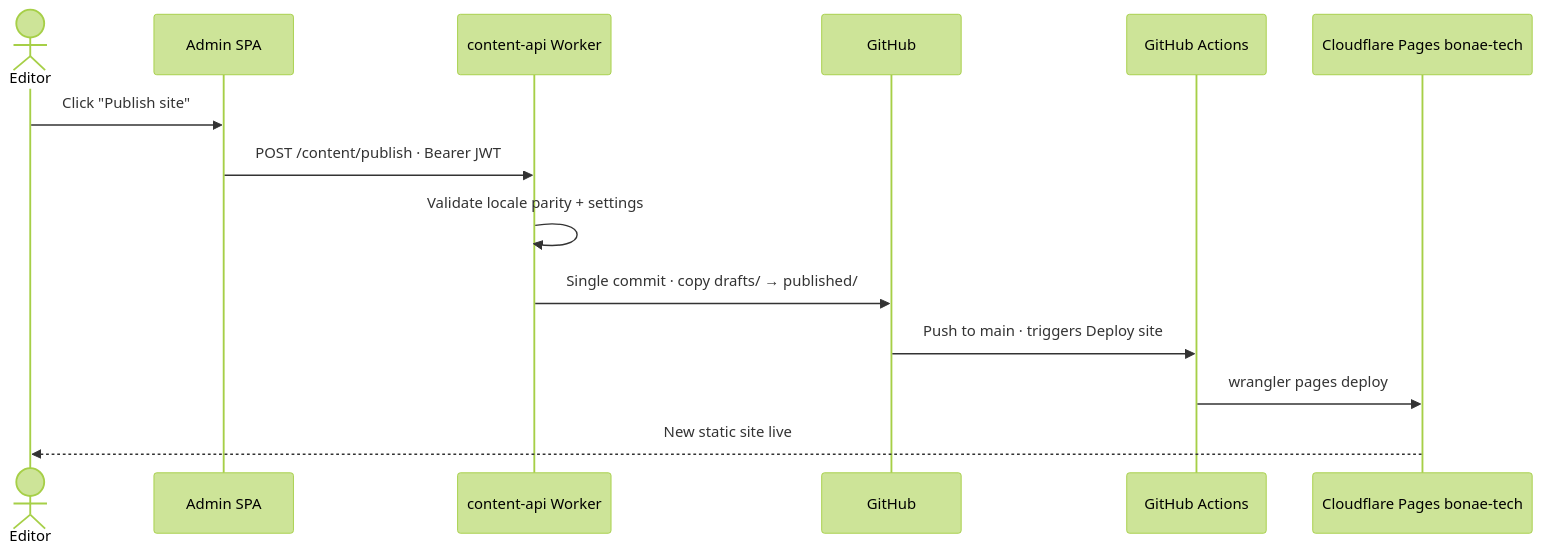
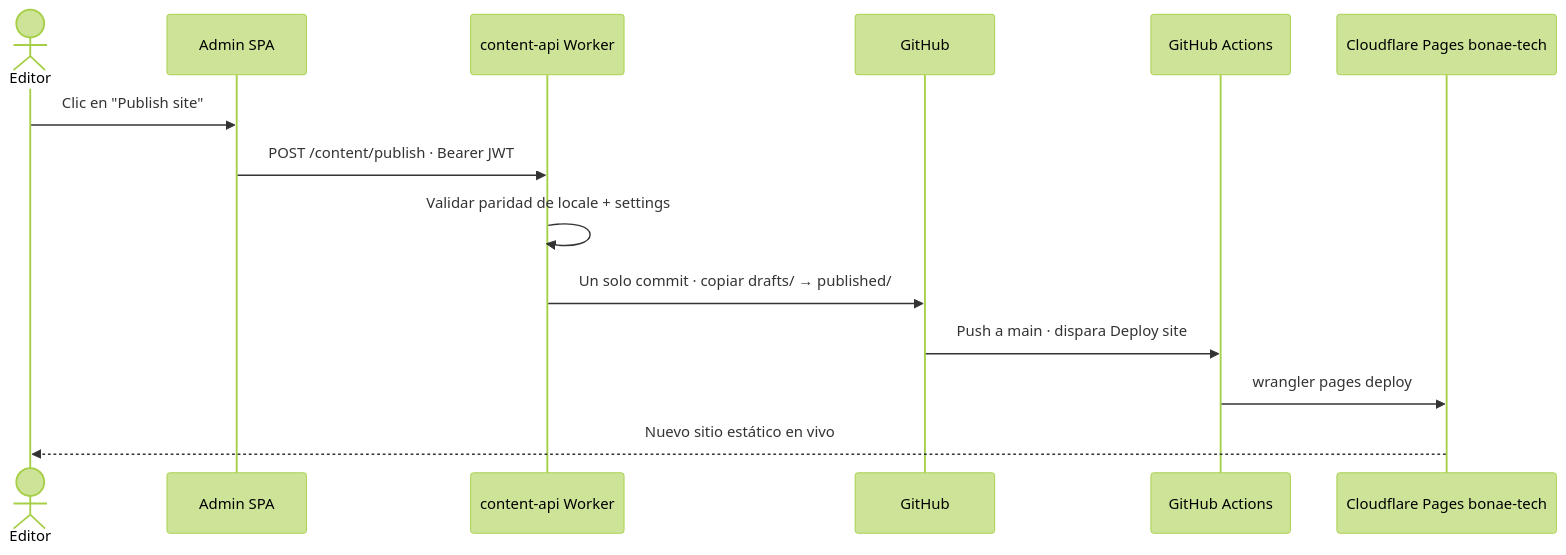
Before and after one commit to Bonae-Tech/bonae-tech: the fourth of 5 diagrams in docs/architecture.md, drawn with Mermaid (forest theme). The commit also changed other lines of this file and 43 other files, not shown here.

````diff
--- a/docs/architecture.md
+++ b/docs/architecture.md
@@ -213,17 +216,17 @@
 ```mermaid
 sequenceDiagram
     actor Editor
     participant SPA as Admin SPA
     participant Worker as content-api Worker
     participant GH as GitHub
     participant Actions as GitHub Actions
     participant CF as Cloudflare Pages bonae-tech
 
-    Editor->>SPA: Click "Publish site"
+    Editor->>SPA: Clic en "Publish site"
     SPA->>Worker: POST /content/publish · Bearer JWT
-    Worker->>Worker: Validate locale parity + settings
-    Worker->>GH: Single commit · copy drafts/ → published/
-    GH->>Actions: Push to main · triggers Deploy site
+    Worker->>Worker: Validar paridad de locale + settings
+    Worker->>GH: Un solo commit · copiar drafts/ → published/
+    GH->>Actions: Push a main · dispara Deploy site
     Actions->>CF: wrangler pages deploy
-    CF-->>Editor: New static site live
+    CF-->>Editor: Nuevo sitio estático en vivo
 ```
````
